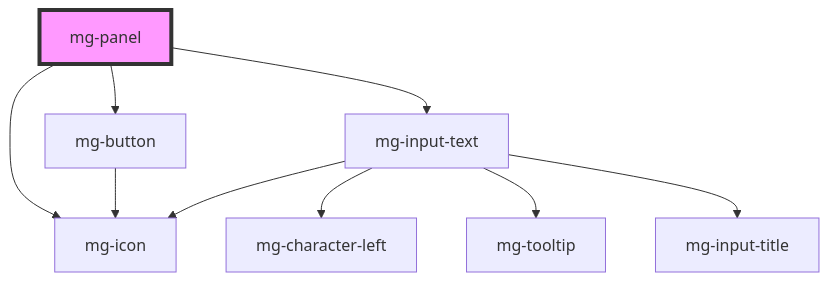
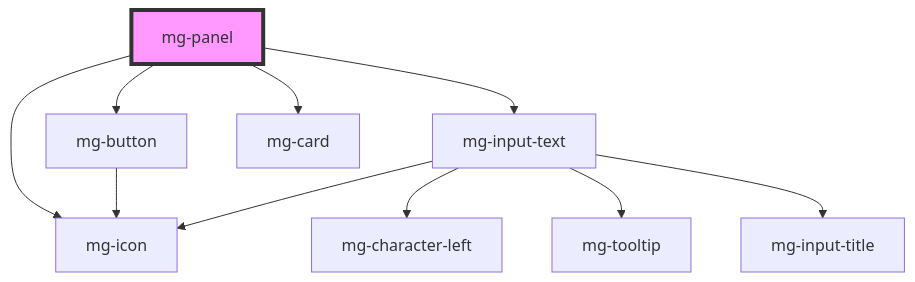
The diagram in src/components/molecules/mg-panel/readme.md (MGDIS/mg-components), drawn with Mermaid before and after one commit. The commit also changed other lines of this file and 5 other files, not shown here.

First line of the commit message:
feat(mg-panel): use mg-card

````diff
--- a/src/components/molecules/mg-panel/readme.md
+++ b/src/components/molecules/mg-panel/readme.md
@@ -75,12 +76,13 @@
 ```mermaid
 graph TD;
   mg-panel --> mg-button
   mg-panel --> mg-icon
   mg-panel --> mg-input-text
+  mg-panel --> mg-card
   mg-button --> mg-icon
   mg-input-text --> mg-icon
   mg-input-text --> mg-character-left
   mg-input-text --> mg-tooltip
   mg-input-text --> mg-input-title
   style mg-panel fill:#f9f,stroke:#333,stroke-width:4px
 ```
````
